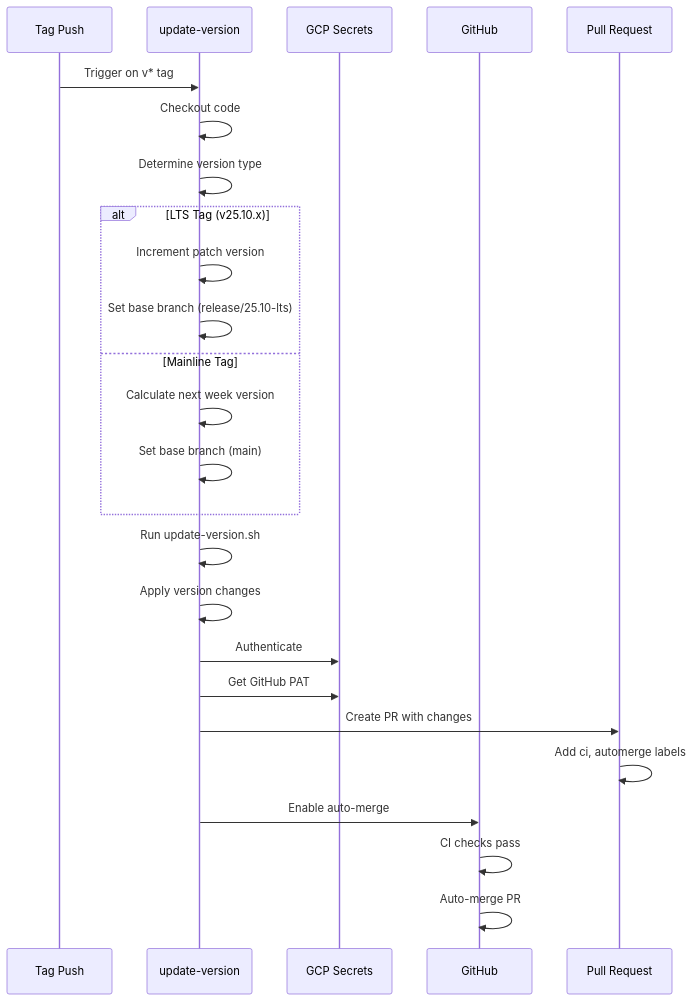
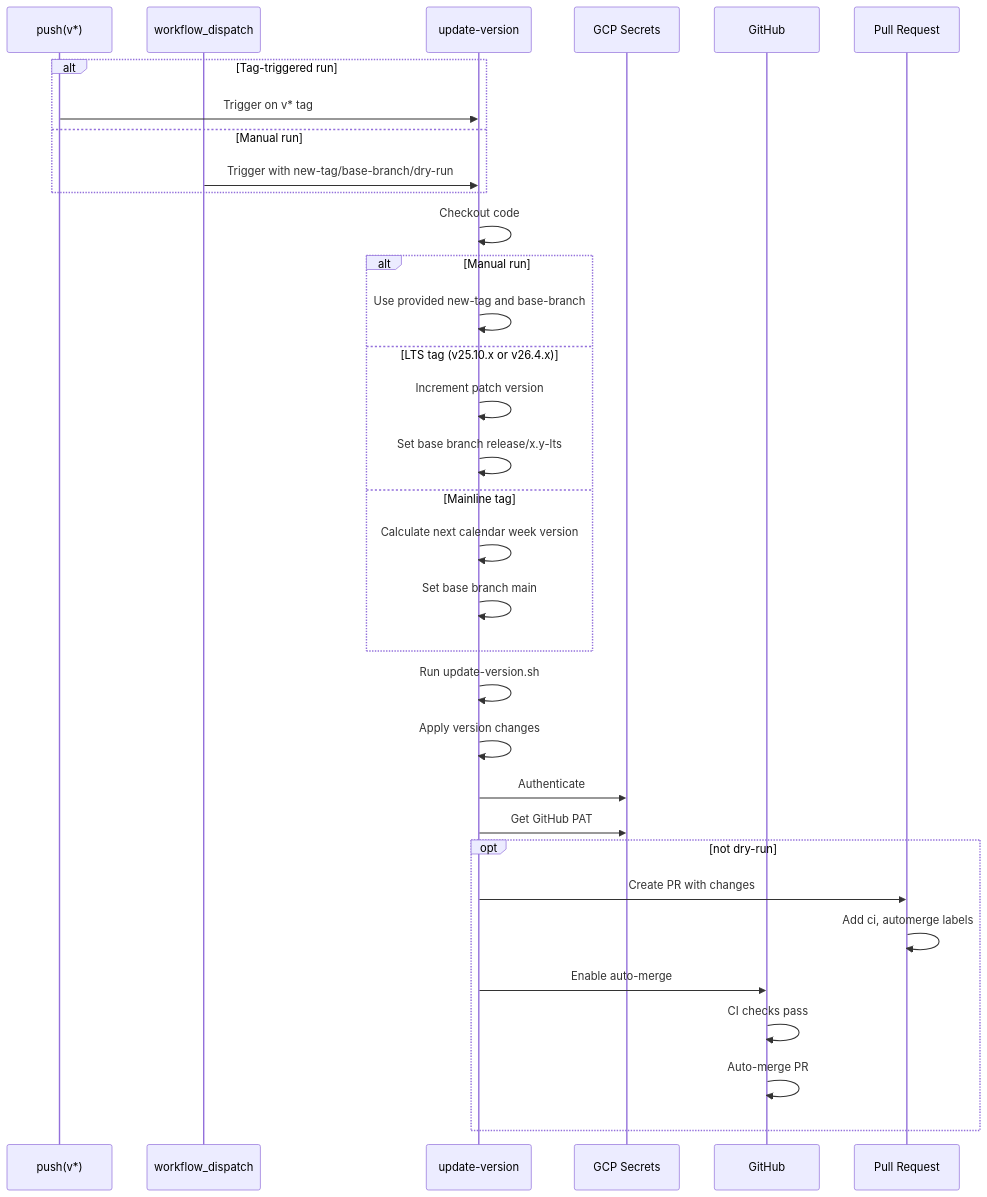
The fourth of 4 diagrams in .github/workflows/README.md (JackPGreen/agent), drawn with Mermaid before and after one commit. The commit also changed other lines of this file and 30 other files, not shown here.

````diff
--- a/.github/workflows/README.md
+++ b/.github/workflows/README.md
@@ -805,33 +1115,40 @@
 ```mermaid
 sequenceDiagram
-    participant Tag as Tag Push
+  participant Tag as push(v*)
+  participant Manual as workflow_dispatch
     participant Update as update-version
     participant GCP as GCP Secrets
     participant GH as GitHub
     participant PR as Pull Request
 
+  alt Tag-triggered run
     Tag->>Update: Trigger on v* tag
+  else Manual run
+    Manual->>Update: Trigger with new-tag/base-branch/dry-run
+  end
+
     Update->>Update: Checkout code
-    Update->>Update: Determine version type
-    
-    alt LTS Tag (v25.10.x)
-        Update->>Update: Increment patch version
-        Update->>Update: Set base branch (release/25.10-lts)
-    else Mainline Tag
-        Update->>Update: Calculate next week version
-        Update->>Update: Set base branch (main)
+  alt Manual run
+    Update->>Update: Use provided new-tag and base-branch
+  else LTS tag (v25.10.x or v26.4.x)
+    Update->>Update: Increment patch version
+    Update->>Update: Set base branch release/x.y-lts
+  else Mainline tag
+    Update->>Update: Calculate next calendar week version
+    Update->>Update: Set base branch main
     end
-    
+
     Update->>Update: Run update-version.sh
     Update->>Update: Apply version changes
-    
+
     Update->>GCP: Authenticate
     Update->>GCP: Get GitHub PAT
-    
+
+  opt not dry-run
     Update->>PR: Create PR with changes
     PR->>PR: Add ci, automerge labels
     Update->>GH: Enable auto-merge
-    
     GH->>GH: CI checks pass
     GH->>GH: Auto-merge PR
+  end
 ```
````
